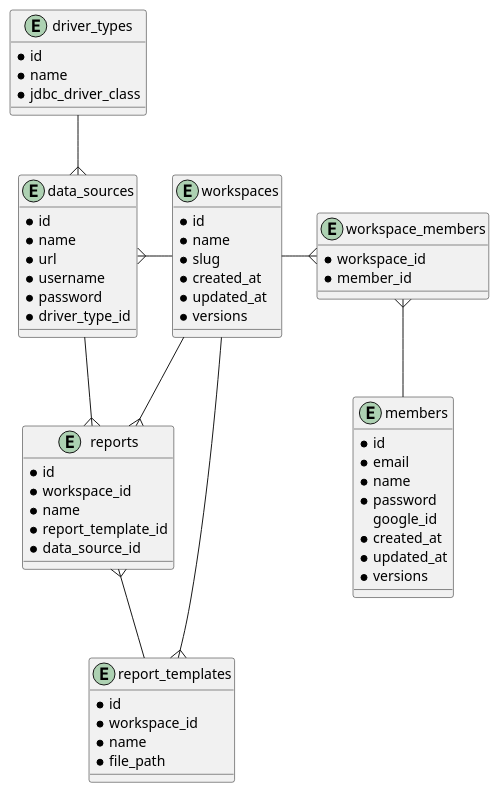
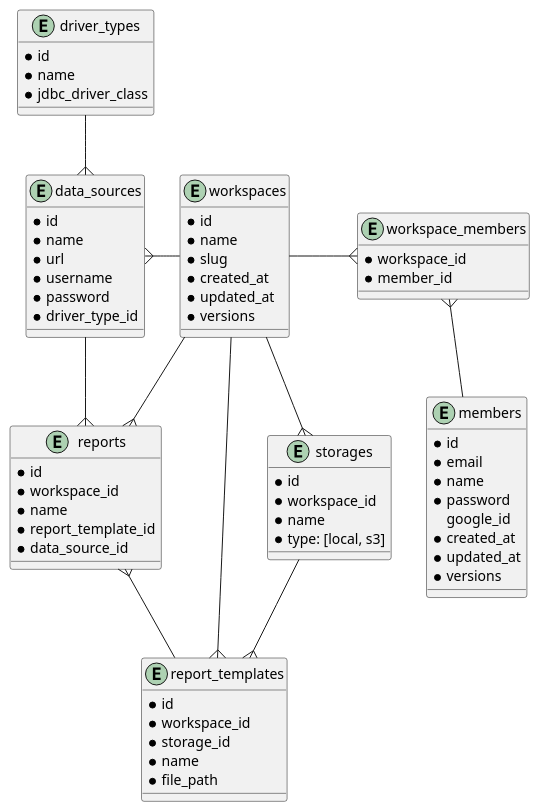
Before and after one commit to ijufumi/openreports-api: the diagram in docs/db/diagram.puml, drawn with PlantUML.

Commit message:
Add storages

```diff
--- a/docs/db/diagram.puml
+++ b/docs/db/diagram.puml
@@ -1,67 +1,77 @@
 @startuml
 
 entity members {
   * id
   * email
   * name
   * password
     google_id
   * created_at
   * updated_at
   * versions
 }
 
 entity workspaces {
   * id
   * name
   * slug
   * created_at
   * updated_at
   * versions
 }
 
 entity workspace_members {
   * workspace_id
   * member_id
 }
 
 entity data_sources {
   * id
   * name
   * url
   * username
   * password
   * driver_type_id
 }
 
 entity driver_types {
   * id
   * name
   * jdbc_driver_class
 }
 
 entity reports {
   * id
   * workspace_id
   * name
   * report_template_id
   * data_source_id
 }
 
 entity report_templates {
   * id
   * workspace_id
+  * storage_id
   * name
   * file_path
+}
+
+entity storages {
+  * id
+  * workspace_id
+  * name
+  * type: [local, s3]
 }
 
 workspaces --r{ workspace_members
 workspace_members }-- members
 workspaces --l{ data_sources
 workspaces --{ reports
 workspaces --{ report_templates
 reports }-- report_templates
 driver_types --{ data_sources
 data_sources --{ reports
+workspaces --{ storages
+storages --{ report_templates
 
 @enduml
```
